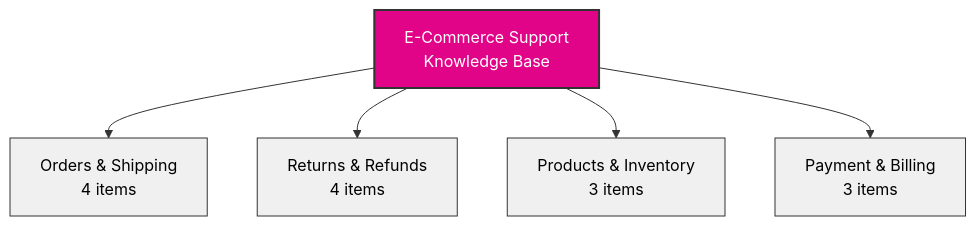
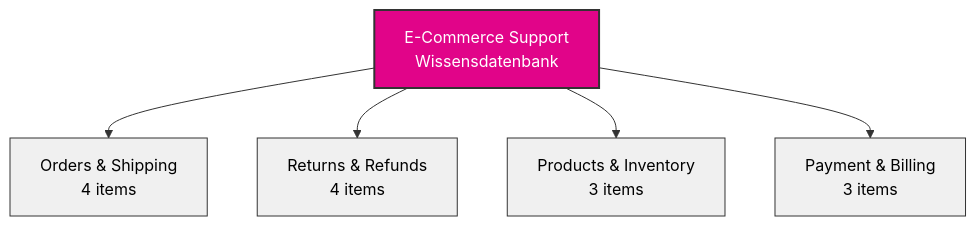
Before and after one commit to robertvy/docs: the second of 2 diagrams in de/build/knowledge/architecture.mdx, drawn with Mermaid. The commit also changed other lines of this file and 100 other files, not shown here.

````diff
--- a/de/build/knowledge/architecture.mdx
+++ b/de/build/knowledge/architecture.mdx
@@ -227,15 +227,15 @@
 ```mermaid
 graph TB
-    KB[E-Commerce Support<br/>Knowledge Base]
+    KB[E-Commerce Support<br/>Wissensdatenbank]
 
     KB --> F1[Orders & Shipping<br/>4 items]
     KB --> F2[Returns & Refunds<br/>4 items]
     KB --> F3[Products & Inventory<br/>3 items]
     KB --> F4[Payment & Billing<br/>3 items]
 
     style KB fill:#E10489,stroke:#333,stroke-width:2px,color:#fff
     style F1 fill:#f0f0f0,stroke:#333,stroke-width:1px,color:#000
     style F2 fill:#f0f0f0,stroke:#333,stroke-width:1px,color:#000
     style F3 fill:#f0f0f0,stroke:#333,stroke-width:1px,color:#000
     style F4 fill:#f0f0f0,stroke:#333,stroke-width:1px,color:#000
 ```
````
